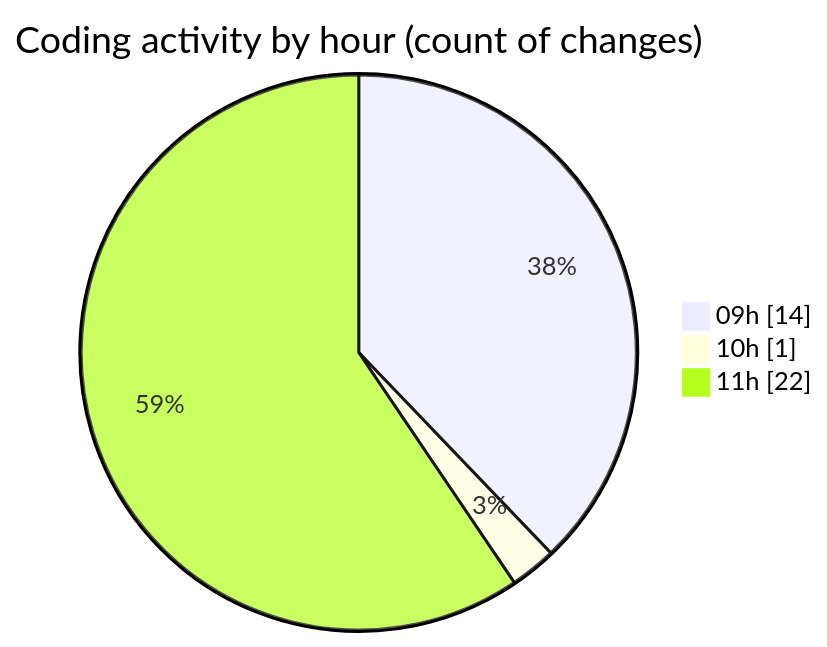
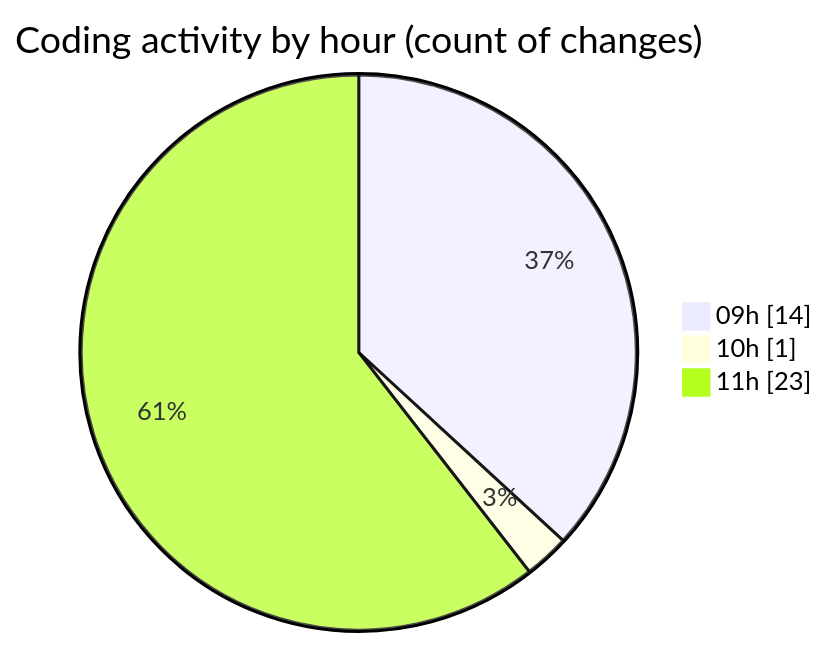
Before and after one commit to momahboobian/code-tracking: the second of 2 diagrams in 2025-12-05/cda/README.md, drawn with Mermaid. The commit also changed other lines of this file and 1 other file, not shown here.

````diff
--- a/2025-12-05/cda/README.md
+++ b/2025-12-05/cda/README.md
@@ -40,7 +41,7 @@
 ```mermaid
 pie showData
 title Coding activity by hour (count of changes)
 "09h" : 14
 "10h" : 1
-"11h" : 22
+"11h" : 23
 ```
````
